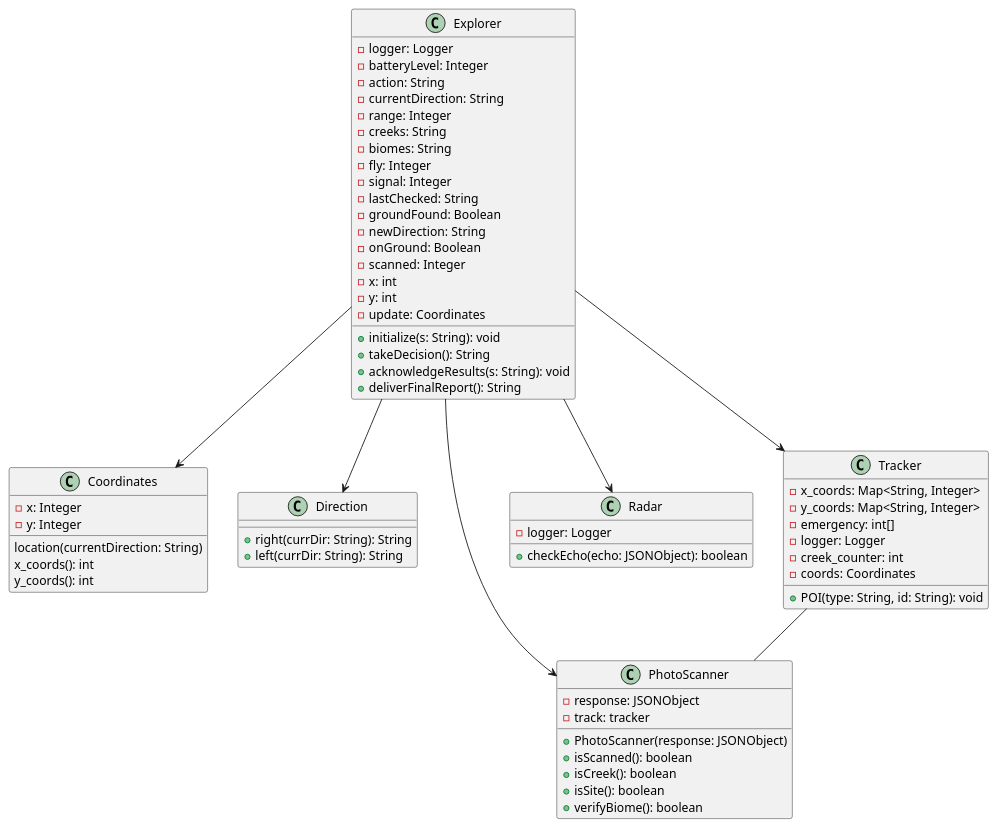
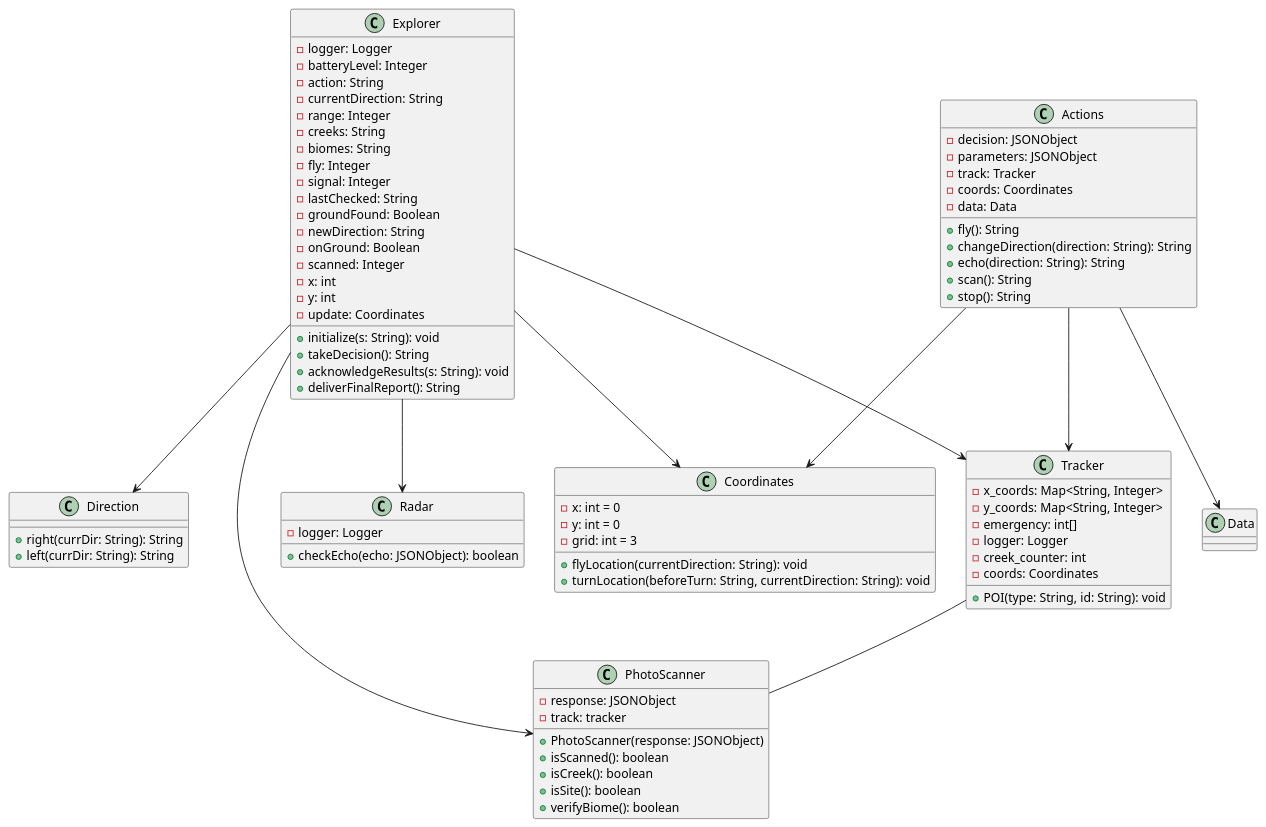
The diagram in UML Diagrams/highLevelUml.plantuml (2AA4-W24/a2-rescue-mission-team-120), drawn with PlantUML before and after one commit. The commit also changed 1 other file, not shown here.

Commit message:
updated class uml

```diff
--- a/UML Diagrams/highLevelUml.plantuml
+++ b/UML Diagrams/highLevelUml.plantuml
@@ -1,69 +1,89 @@
 @startuml "Hello world"
+    class Actions {
+        - decision: JSONObject
+        - parameters: JSONObject
+        - track: Tracker
+        - coords: Coordinates
+        - data: Data
+
+        + fly(): String
+        + changeDirection(direction: String): String
+        + echo(direction: String): String
+        + scan(): String
+        + stop(): String
+    }
+
     class Explorer {
         - logger: Logger
         - batteryLevel: Integer
         - action: String
         - currentDirection: String
         - range: Integer
         - creeks: String
         - biomes: String
         - fly: Integer
         - signal: Integer
         - lastChecked: String
         - groundFound: Boolean
         - newDirection: String
         - onGround: Boolean
         - scanned: Integer
         - x: int
         - y: int
         - update: Coordinates
 
         + initialize(s: String): void
         + takeDecision(): String
         + acknowledgeResults(s: String): void
         + deliverFinalReport(): String
     }
 class Coordinates {
-    -x: Integer
-    -y: Integer
-    location(currentDirection: String)
-    x_coords(): int
-    y_coords(): int
-}
+        - x: int = 0
+        - y: int = 0
+        - grid: int = 3
+
+        + flyLocation(currentDirection: String): void
+        + turnLocation(beforeTurn: String, currentDirection: String): void
+    }
+
 class Direction {
     + right(currDir: String): String
     + left(currDir: String): String
 }
 class PhotoScanner {
     - response: JSONObject
     - track: tracker
 
     + PhotoScanner(response: JSONObject)
     + isScanned(): boolean
     + isCreek(): boolean
     + isSite(): boolean
     + verifyBiome(): boolean
 }
 class Radar {
         - logger: Logger
         + checkEcho(echo: JSONObject): boolean
     }
 
 class Tracker {
         - x_coords: Map<String, Integer>
         - y_coords: Map<String, Integer>
         - emergency: int[]
         - logger: Logger
         - creek_counter: int
         - coords: Coordinates
         + POI(type: String, id: String): void
     }
+
     
 Explorer--> Coordinates
 Explorer-->Direction
 Explorer-->PhotoScanner
 Explorer-->Radar
 Explorer-->Tracker
+Actions-->Coordinates
+Actions-->Tracker
+Actions-->Data
 
 Tracker -- PhotoScanner
 @enduml
```
